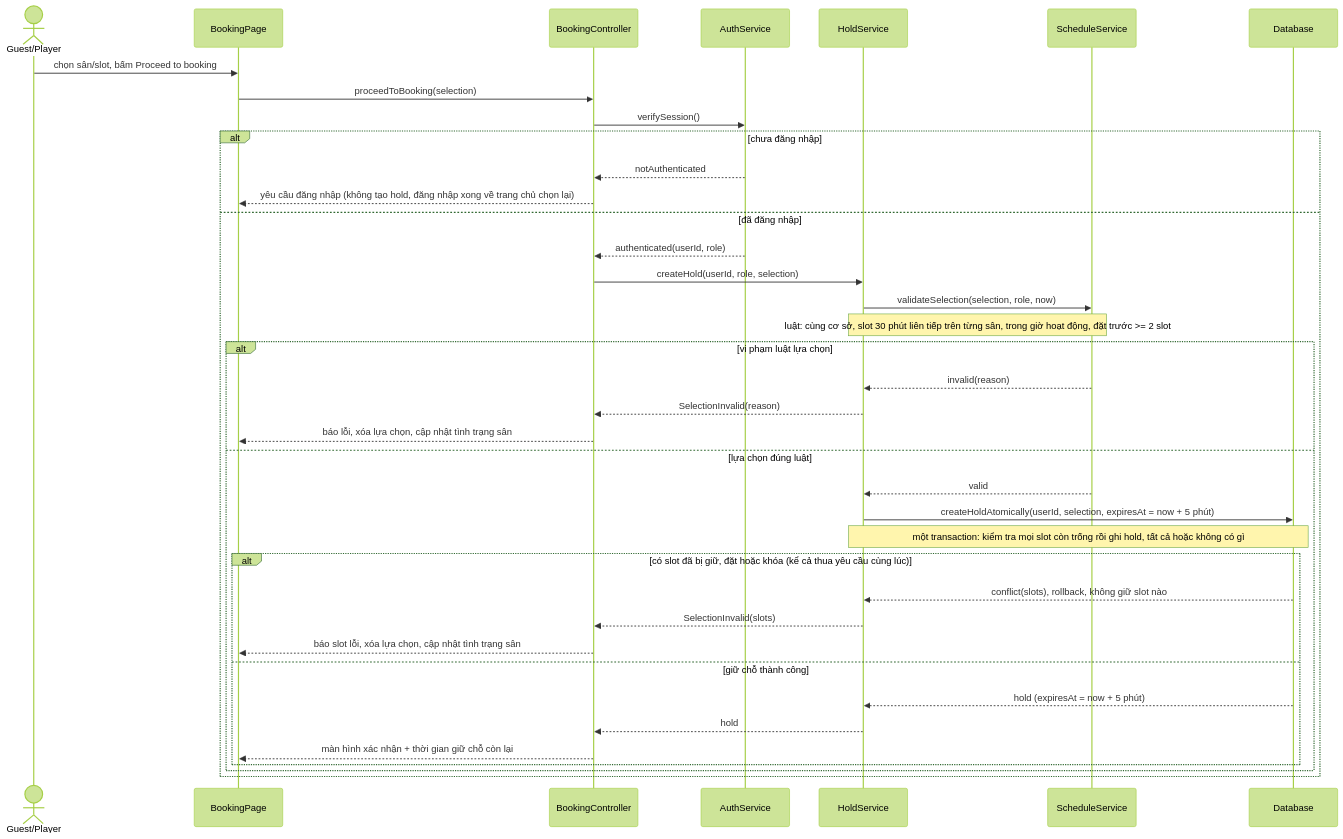
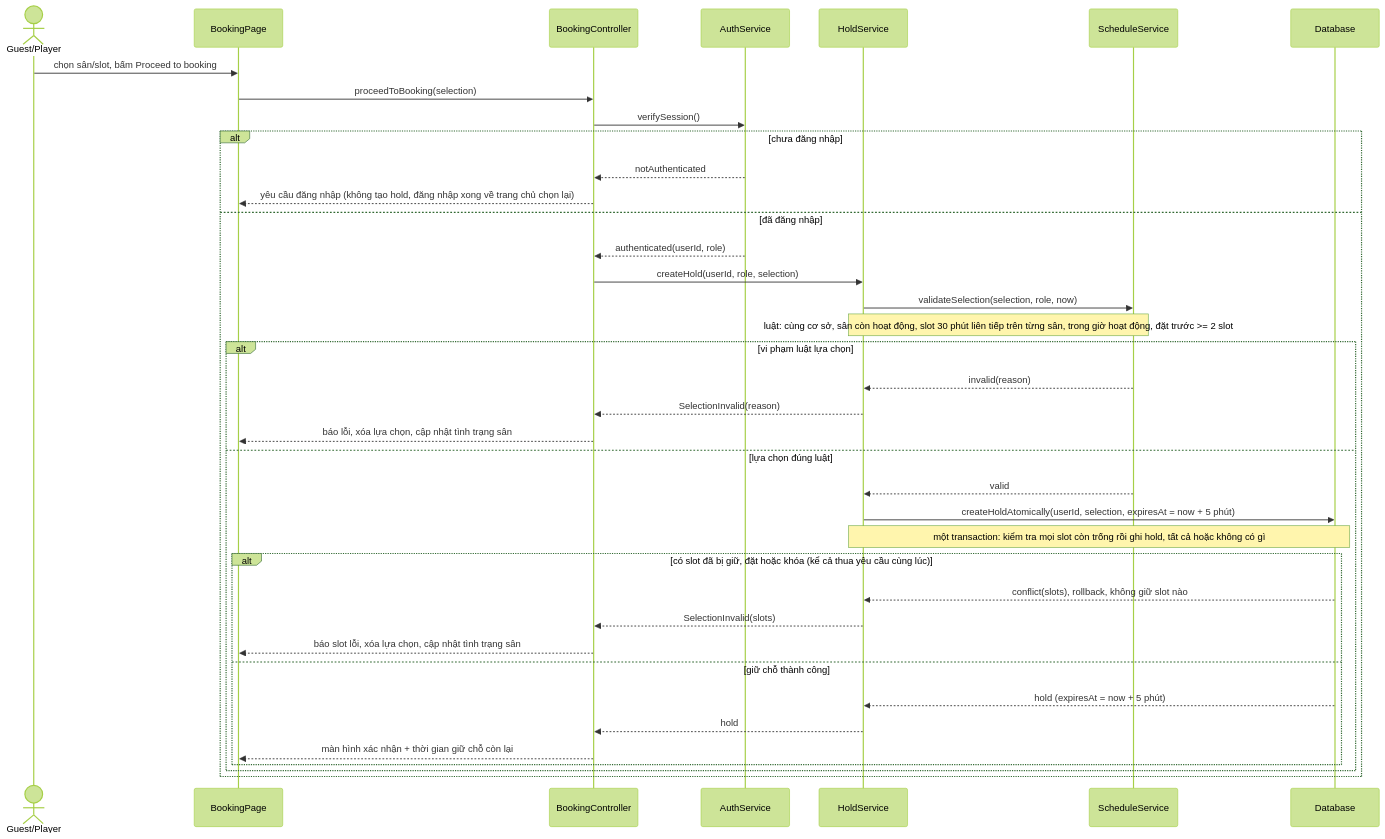
The first of 6 diagrams in docs/design/sequences/sequence-diagrams.md (buikhoa130406/se-project-t04), drawn with Mermaid (forest theme) before and after one commit. The commit also changed other lines of this file and 4 other files, not shown here.

````diff
--- a/docs/design/sequences/sequence-diagrams.md
+++ b/docs/design/sequences/sequence-diagrams.md
@@ -28,44 +29,44 @@
 ```mermaid
 sequenceDiagram
     actor P as Guest/Player
     participant BookingPage
     participant BookingController
     participant AuthService
     participant HoldService
     participant ScheduleService
     participant Database
 
     P->>BookingPage: chọn sân/slot, bấm Proceed to booking
     BookingPage->>BookingController: proceedToBooking(selection)
     BookingController->>AuthService: verifySession()
 
     alt chưa đăng nhập
         AuthService-->>BookingController: notAuthenticated
         BookingController-->>BookingPage: yêu cầu đăng nhập (không tạo hold, đăng nhập xong về trang chủ chọn lại)
     else đã đăng nhập
         AuthService-->>BookingController: authenticated(userId, role)
         BookingController->>HoldService: createHold(userId, role, selection)
         HoldService->>ScheduleService: validateSelection(selection, role, now)
-        Note over HoldService,ScheduleService: luật: cùng cơ sở, slot 30 phút liên tiếp trên từng sân, trong giờ hoạt động, đặt trước >= 2 slot
+        Note over HoldService,ScheduleService: luật: cùng cơ sở, sân còn hoạt động, slot 30 phút liên tiếp trên từng sân, trong giờ hoạt động, đặt trước >= 2 slot
 
         alt vi phạm luật lựa chọn
             ScheduleService-->>HoldService: invalid(reason)
             HoldService-->>BookingController: SelectionInvalid(reason)
             BookingController-->>BookingPage: báo lỗi, xóa lựa chọn, cập nhật tình trạng sân
         else lựa chọn đúng luật
             ScheduleService-->>HoldService: valid
             HoldService->>Database: createHoldAtomically(userId, selection, expiresAt = now + 5 phút)
             Note over HoldService,Database: một transaction: kiểm tra mọi slot còn trống rồi ghi hold, tất cả hoặc không có gì
 
             alt có slot đã bị giữ, đặt hoặc khóa (kể cả thua yêu cầu cùng lúc)
                 Database-->>HoldService: conflict(slots), rollback, không giữ slot nào
                 HoldService-->>BookingController: SelectionInvalid(slots)
                 BookingController-->>BookingPage: báo slot lỗi, xóa lựa chọn, cập nhật tình trạng sân
             else giữ chỗ thành công
                 Database-->>HoldService: hold (expiresAt = now + 5 phút)
                 HoldService-->>BookingController: hold
                 BookingController-->>BookingPage: màn hình xác nhận + thời gian giữ chỗ còn lại
             end
         end
     end
 ```
````
